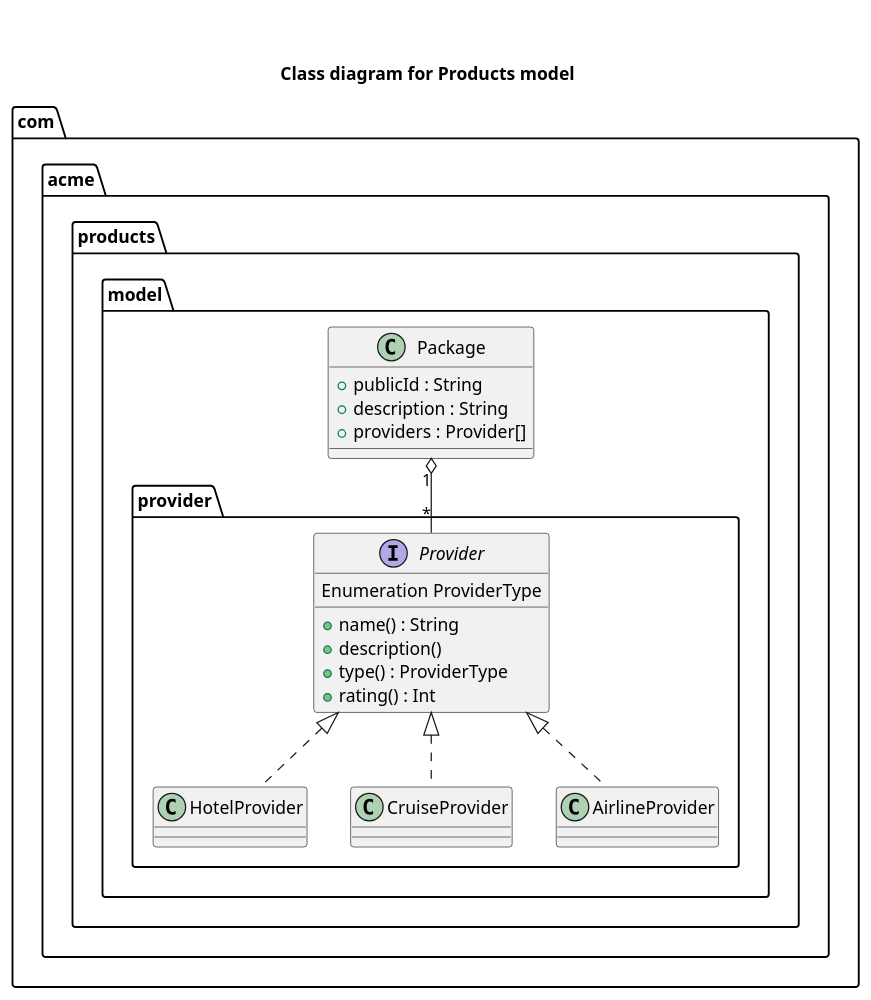
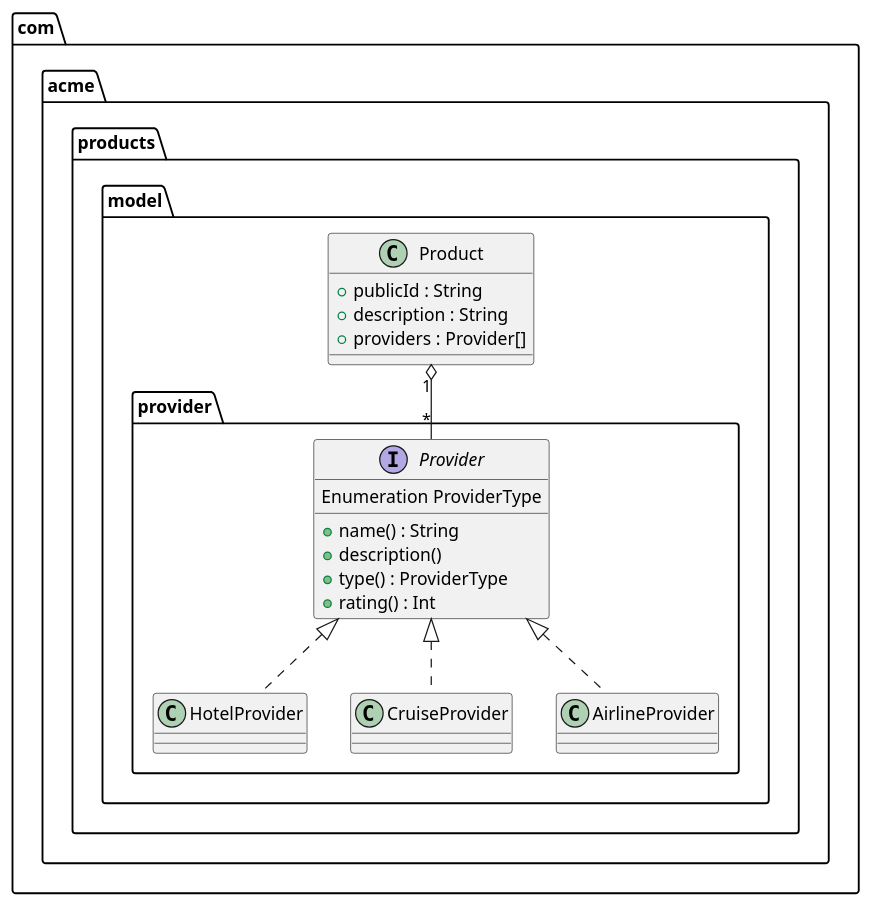
Before and after one commit to acloudfan/MSFA-ACME-Products-v1.0: the diagram in uml/products.model.class.puml, drawn with PlantUML. The commit also changed 3 other files, not shown here.

Commit message:
updated uml

```diff
--- a/uml/products.model.class.puml
+++ b/uml/products.model.class.puml
@@ -1,28 +1,29 @@
 @startuml
 
 package com.acme.products.model.provider {
     interface Provider {
         Enumeration ProviderType
         + name() : String
         + description()
         + type() : ProviderType
         + rating() : Int
     }
 
     class HotelProvider implements Provider
     class CruiseProvider implements Provider
     class AirlineProvider implements Provider
 }
 
 package com.acme.products.model {
-   class Package {
+   class Product {
     + publicId : String
     + description : String
     + providers : Provider[]
    }
 
-   Package "1" o-- "*" Provider
+   Product "1" o-- "*" Provider
 }
 
-title   "\n\nClass diagram for Products model"
+'title   "\n\nClass diagram for Products model\n\n"
+'footer  "Part of the course on Microservices"
 @enduml
```
